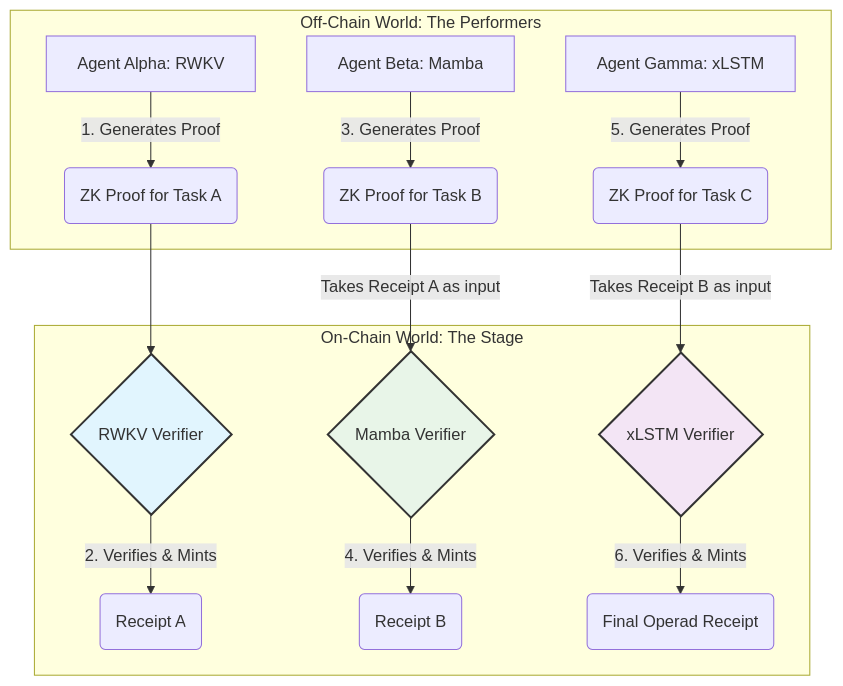
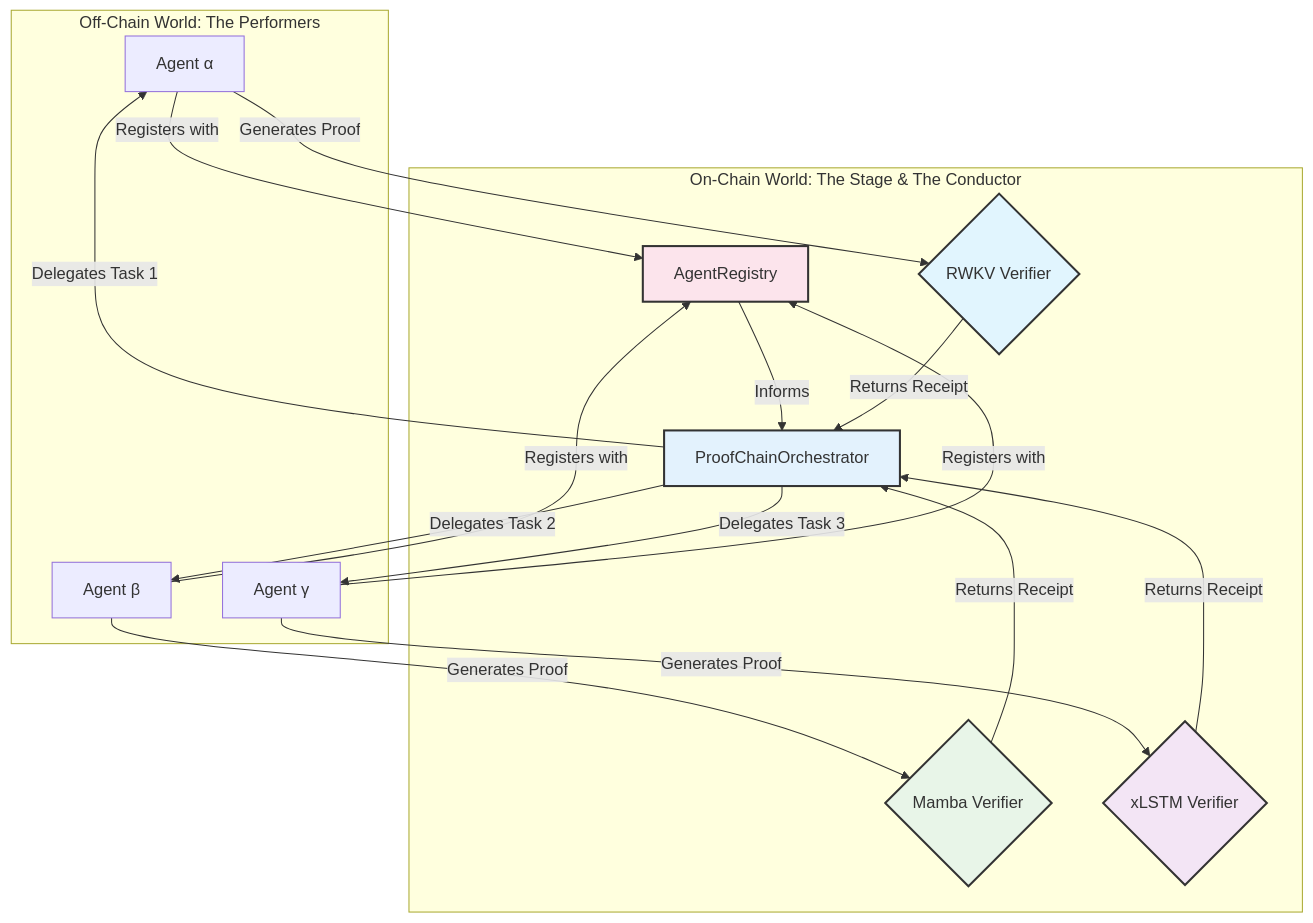
One commit to bmorphism/ezkl-ethglobal2025 changed the first of 2 diagrams in README.md. Above: the diagram before and after it, drawn with Mermaid. The commit also changed other lines of this file and 6 other files, not shown here.

````diff
--- a/README.md
+++ b/README.md
@@ -15,23 +15,34 @@
 ```mermaid
 graph TD
     subgraph "Off-Chain World: The Performers"
-        A[Agent Alpha: RWKV] -->|1. Generates Proof| B(ZK Proof for Task A)
-        C[Agent Beta: Mamba] -->|3. Generates Proof| D(ZK Proof for Task B)
-        E[Agent Gamma: xLSTM] -->|5. Generates Proof| F(ZK Proof for Task C)
+        A[Agent α]
+        B[Agent β]
+        C[Agent γ]
     end
 
-    subgraph "On-Chain World: The Stage"
-        B --> G{RWKV Verifier}
-        G -->|2. Verifies & Mints| H(Receipt A)
-        
-        D -- Takes Receipt A as input --> I{Mamba Verifier}
-        I -->|4. Verifies & Mints| J(Receipt B)
+    subgraph "On-Chain World: The Stage & The Conductor"
+        A -- Registers with --> R[AgentRegistry]
+        B -- Registers with --> R
+        C -- Registers with --> R
 
-        F -- Takes Receipt B as input --> K{xLSTM Verifier}
-        K -->|6. Verifies & Mints| L(Final Operad Receipt)
+        R -- Informs --> O[ProofChainOrchestrator]
+
+        A -- Generates Proof --> V1{RWKV Verifier}
+        O -- Delegates Task 1 --> A
+        V1 -- Returns Receipt --> O
+
+        B -- Generates Proof --> V2{Mamba Verifier}
+        O -- Delegates Task 2 --> B
+        V2 -- Returns Receipt --> O
+
+        C -- Generates Proof --> V3{xLSTM Verifier}
+        O -- Delegates Task 3 --> C
+        V3 -- Returns Receipt --> O
     end
-
-    style G fill:#e1f5fe,stroke:#333,stroke-width:2px
-    style I fill:#e8f5e8,stroke:#333,stroke-width:2px
-    style K fill:#f3e5f5,stroke:#333,stroke-width:2px
+    
+    style R fill:#fce4ec,stroke:#333,stroke-width:2px
+    style O fill:#e3f2fd,stroke:#333,stroke-width:2px
+    style V1 fill:#e1f5fe,stroke:#333,stroke-width:2px
+    style V2 fill:#e8f5e8,stroke:#333,stroke-width:2px
+    style V3 fill:#f3e5f5,stroke:#333,stroke-width:2px
 ```
````
